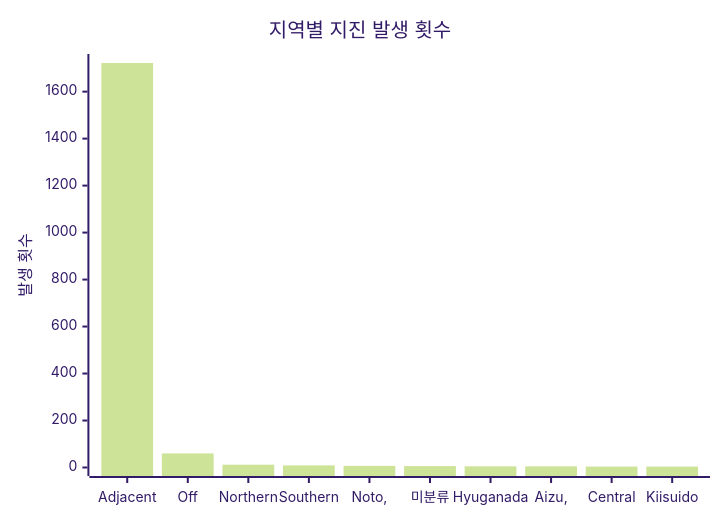
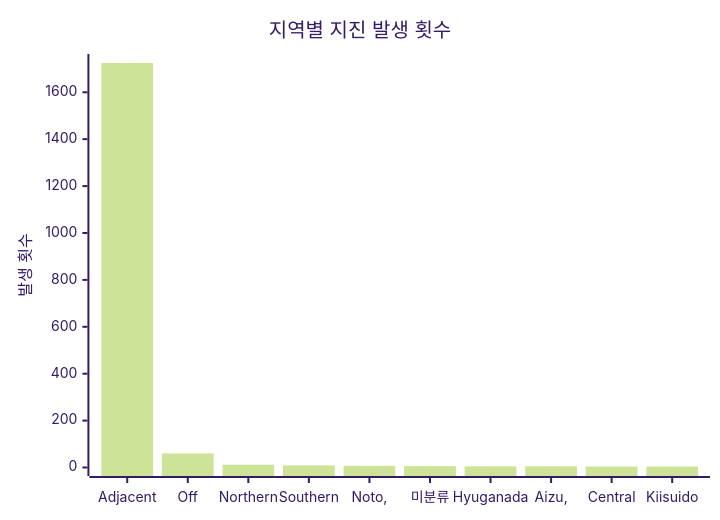
One commit to serendip811/japan-eq changed the diagram in charts/region-chart.md. Above: the diagram before and after it, drawn with Mermaid (forest theme). The commit also changed other lines of this file and 5 other files, not shown here.

Commit message:
Update earthquake data and charts Sat Jul 12 21:03:28 UTC 2025

````diff
--- a/charts/region-chart.md
+++ b/charts/region-chart.md
@@ -3,7 +3,7 @@
 ```mermaid
 xychart-beta
     title "지역별 지진 발생 횟수"
     x-axis ["Adjacent", "Off", "Northern", "Southern", "Noto,", "미분류", "Hyuganada", "Aizu,", "Central", "Kiisuido"]
-    y-axis "발생 횟수" 0 --> 1724
-    bar [1722, 60, 12, 9, 7, 6, 5, 5, 4, 4]
+    y-axis "발생 횟수" 0 --> 1727
+    bar [1725, 60, 12, 9, 7, 6, 5, 5, 4, 4]
 ```
````
